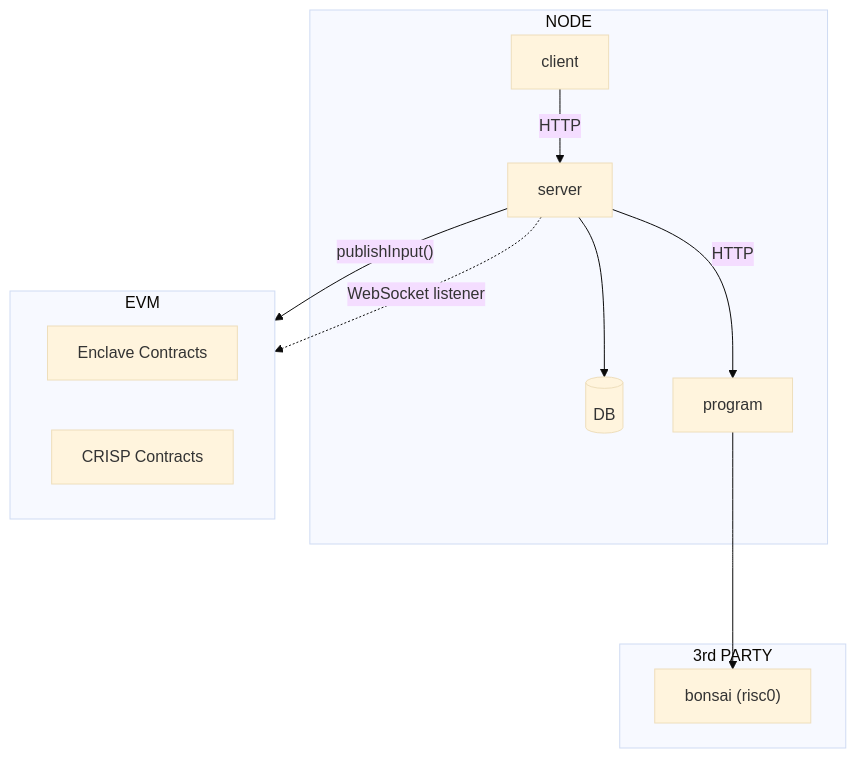
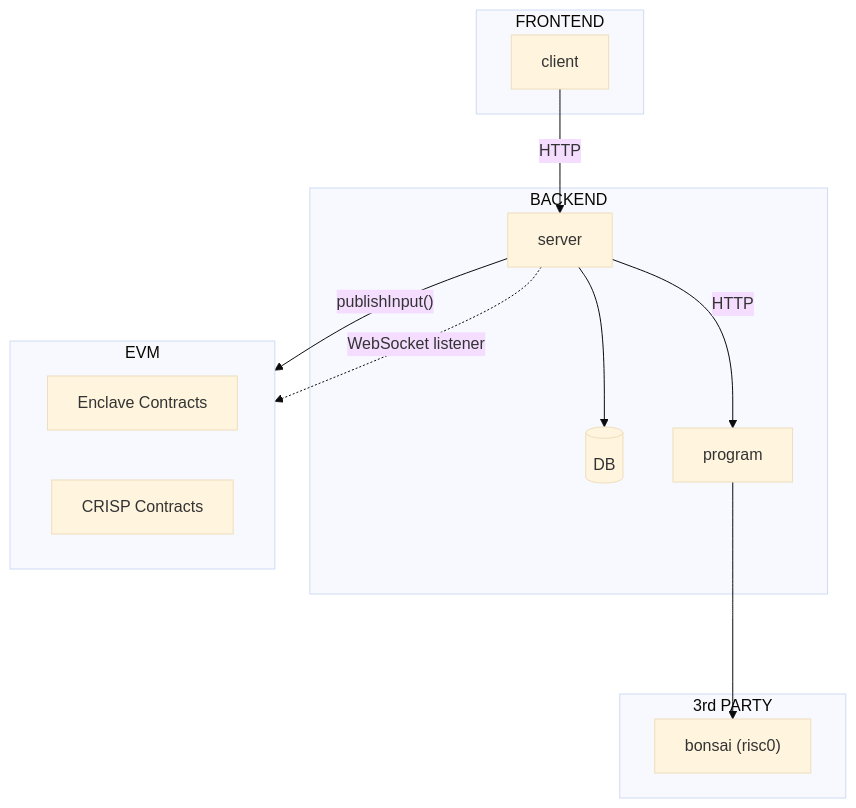
Before and after one commit to gnosisguild/enclave: the diagram in examples/CRISP/apps/program/README.md, drawn with Mermaid (base theme).

````diff
--- a/examples/CRISP/apps/program/README.md
+++ b/examples/CRISP/apps/program/README.md
@@ -10,22 +10,26 @@
 ```mermaid
 graph TD
-  subgraph ec2_1["NODE"]
+  subgraph frontend["FRONTEND"]
+    client
+  end
+  subgraph ec2_1["BACKEND"]
     server["server"] --> db
     db[(DB)]
-    client --"HTTP"--> server
+
     server --HTTP--> program
   end
   subgraph thirdparty["3rd PARTY"]
     bonsai
   end
+  client --"HTTP"--> server
   program ---> bonsai
 
   bonsai["bonsai (risc0)"]
 
   server --"publishInput()"--> evm
   subgraph evm["EVM"]
     esol1["Enclave Contracts"]
     csol1["CRISP Contracts"]
   end
   server -. "WebSocket listener" .-> evm
 ```
````
